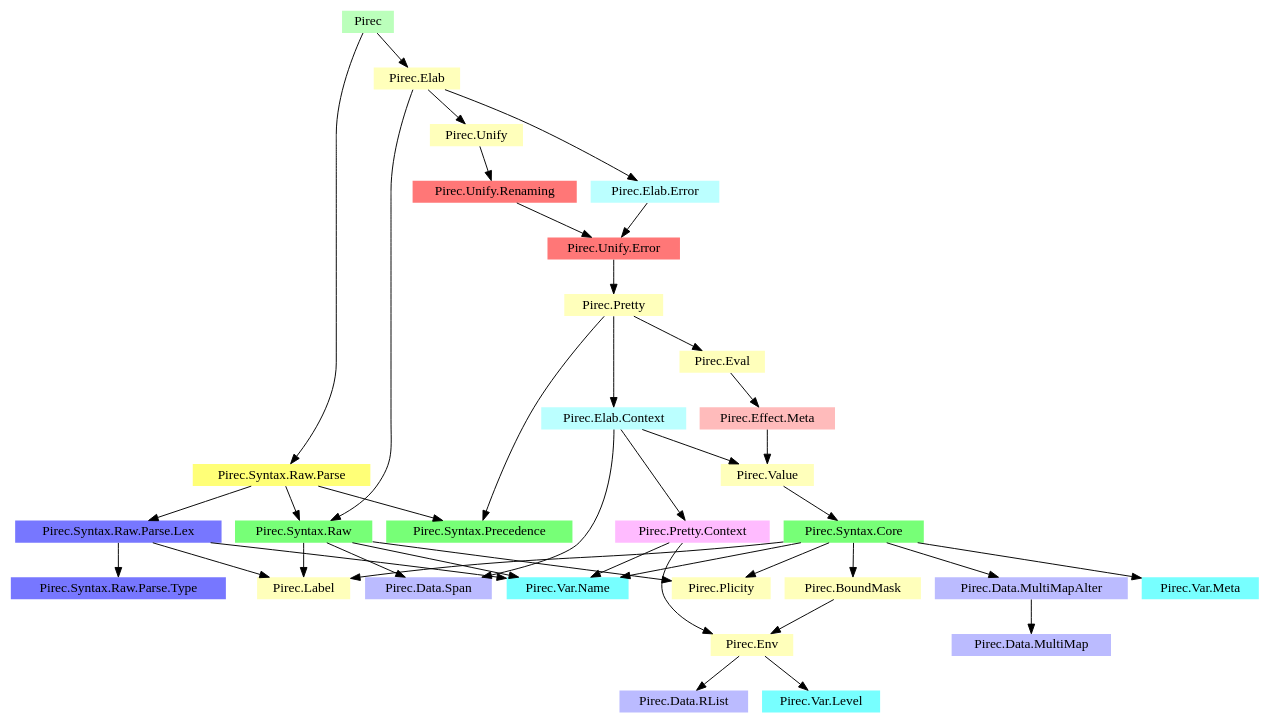
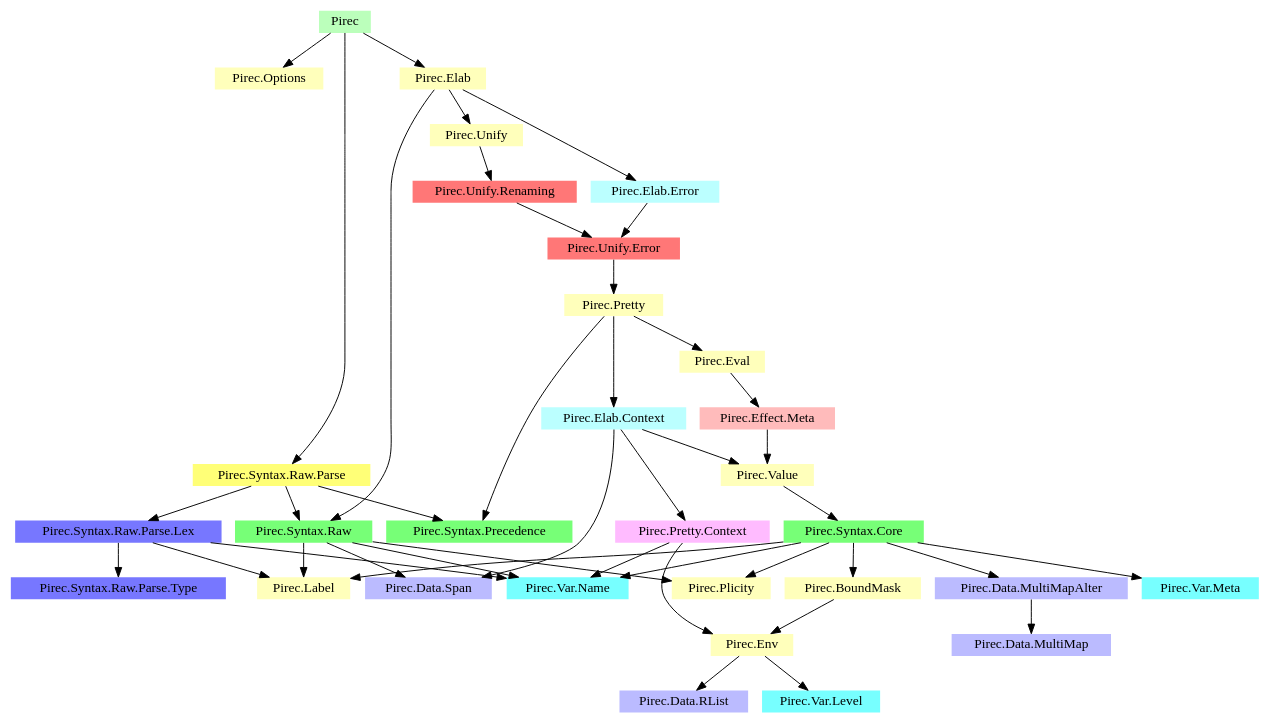
Before and after one commit to szumixie/bsc-thesis: the diagram in graphs/modules.dot, drawn with Graphviz. The commit also changed 14 other files, not shown here.

```diff
--- a/graphs/modules.dot
+++ b/graphs/modules.dot
@@ -1,74 +1,75 @@
 digraph G {
 graph[nodesep=0.2];
 node[shape=none,height=0];
 u0[fillcolor="#bbffbb",style="filled",label="Pirec"];
+u29[fillcolor="#ffffbb",style="filled",label="Pirec.Options"];
 u24[fillcolor="#ffffbb",style="filled",label="Pirec.Unify"];
 u22[fillcolor="#ffffbb",style="filled",label="Pirec.Eval"];
 u20[fillcolor="#ffffbb",style="filled",label="Pirec.Pretty"];
 u14[fillcolor="#ffffbb",style="filled",label="Pirec.Elab"];
 u11[fillcolor="#ffffbb",style="filled",label="Pirec.BoundMask"];
 u9[fillcolor="#ffffbb",style="filled",label="Pirec.Plicity"];
 u8[fillcolor="#ffffbb",style="filled",label="Pirec.Label"];
 u5[fillcolor="#ffffbb",style="filled",label="Pirec.Env"];
 u2[fillcolor="#ffffbb",style="filled",label="Pirec.Value"];
 u16[fillcolor="#bbbbff",style="filled",label="Pirec.Data.Span"];
 u6[fillcolor="#bbbbff",style="filled",label="Pirec.Data.RList"];
 u4[fillcolor="#bbbbff",style="filled",label="Pirec.Data.MultiMapAlter"];
 u3[fillcolor="#bbbbff",style="filled",label="Pirec.Data.MultiMap"];
 u1[fillcolor="#ffbbbb",style="filled",label="Pirec.Effect.Meta"];
 u19[fillcolor="#bbffff",style="filled",label="Pirec.Elab.Error"];
 u17[fillcolor="#bbffff",style="filled",label="Pirec.Elab.Context"];
 u18[fillcolor="#ffbbff",style="filled",label="Pirec.Pretty.Context"];
 u21[fillcolor="#77ff77",style="filled",label="Pirec.Syntax.Precedence"];
 u15[fillcolor="#77ff77",style="filled",label="Pirec.Syntax.Raw"];
 u10[fillcolor="#77ff77",style="filled",label="Pirec.Syntax.Core"];
 u26[fillcolor="#ffff77",style="filled",label="Pirec.Syntax.Raw.Parse"];
 u28[fillcolor="#7777ff",style="filled",label="Pirec.Syntax.Raw.Parse.Type"];
 u27[fillcolor="#7777ff",style="filled",label="Pirec.Syntax.Raw.Parse.Lex"];
 u25[fillcolor="#ff7777",style="filled",label="Pirec.Unify.Renaming"];
 u23[fillcolor="#ff7777",style="filled",label="Pirec.Unify.Error"];
 u13[fillcolor="#77ffff",style="filled",label="Pirec.Var.Name"];
 u12[fillcolor="#77ffff",style="filled",label="Pirec.Var.Meta"];
 u7[fillcolor="#77ffff",style="filled",label="Pirec.Var.Level"];
 u0 -> u14;
 u0 -> u26;
+u0 -> u29;
 u1 -> u2;
 u2 -> u10;
 u4 -> u3;
 u5 -> u6;
 u5 -> u7;
 u10 -> u4;
 u10 -> u8;
 u10 -> u9;
 u10 -> u11;
 u10 -> u12;
 u10 -> u13;
 u11 -> u5;
 u14 -> u15;
 u14 -> u19;
 u14 -> u24;
 u15 -> u8;
 u15 -> u9;
 u15 -> u13;
 u15 -> u16;
 u17 -> u2;
 u17 -> u16;
 u17 -> u18;
 u18 -> u5;
 u18 -> u13;
 u19 -> u23;
 u20 -> u17;
 u20 -> u21;
 u20 -> u22;
 u22 -> u1;
 u23 -> u20;
 u24 -> u25;
 u25 -> u23;
 u26 -> u15;
 u26 -> u21;
 u26 -> u27;
 u27 -> u8;
 u27 -> u13;
 u27 -> u28;
-
 }
```
